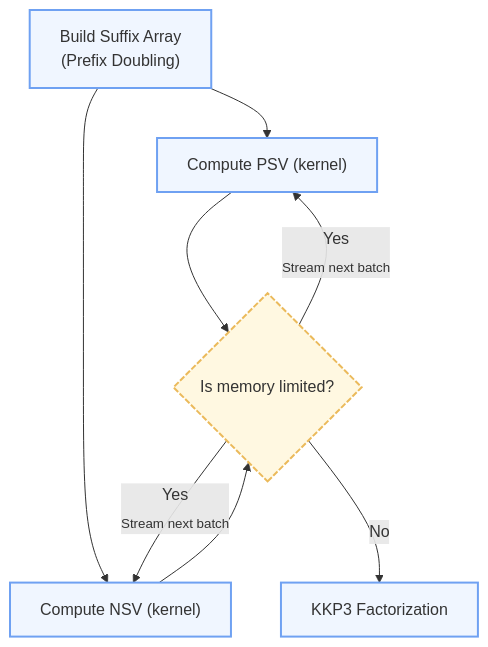
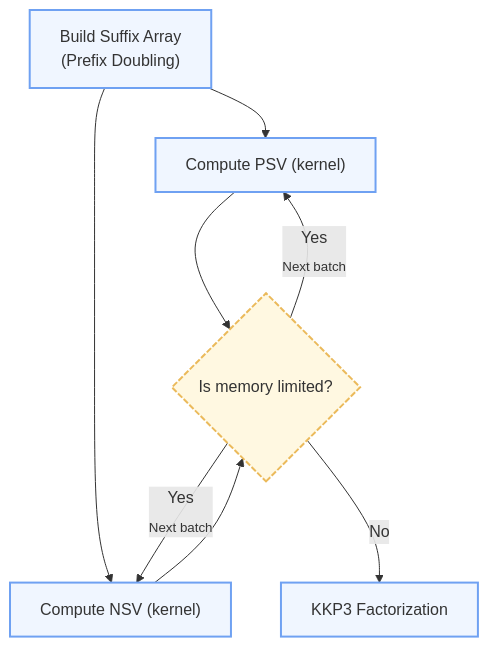
The third of 4 diagrams in README.md (cannon-spencer/LZ77GPU), drawn with Mermaid before and after one commit. The commit also changed other lines of this file and 1 other file, not shown here.

````diff
--- a/README.md
+++ b/README.md
@@ -119,18 +118,18 @@
 ```mermaid
 flowchart TD
     BUILD_SA["Build Suffix Array<br/>(Prefix Doubling)"] --> COMPUTE_PSV["Compute PSV (kernel)"]
     BUILD_SA --> COMPUTE_NSV["Compute NSV (kernel)"]
 
     COMPUTE_PSV --> DECIDE{"Is memory limited?"}
     COMPUTE_NSV --> DECIDE
 
-    DECIDE -- "Yes<br/><sub>Stream&nbsp;next&nbsp;batch</sub>" --> COMPUTE_PSV
-    DECIDE -- "Yes<br/><sub>Stream&nbsp;next&nbsp;batch</sub>" --> COMPUTE_NSV
+    DECIDE -- "Yes<br/><sub>Next&nbsp;batch</sub>" --> COMPUTE_PSV
+    DECIDE -- "Yes<br/><sub>Next&nbsp;batch</sub>" --> COMPUTE_NSV
     DECIDE -- "No" --> KKP3["KKP3 Factorization"]
 
     classDef step fill:#f0f6ff,stroke:#6fa1f2,stroke-width:2px;
     classDef cond fill:#fff8e1,stroke:#ebba5b,stroke-width:2px,stroke-dasharray:6 2;
     class BUILD_SA,COMPUTE_PSV,COMPUTE_NSV,KKP3 step
     class DECIDE cond
 
 ```
````
